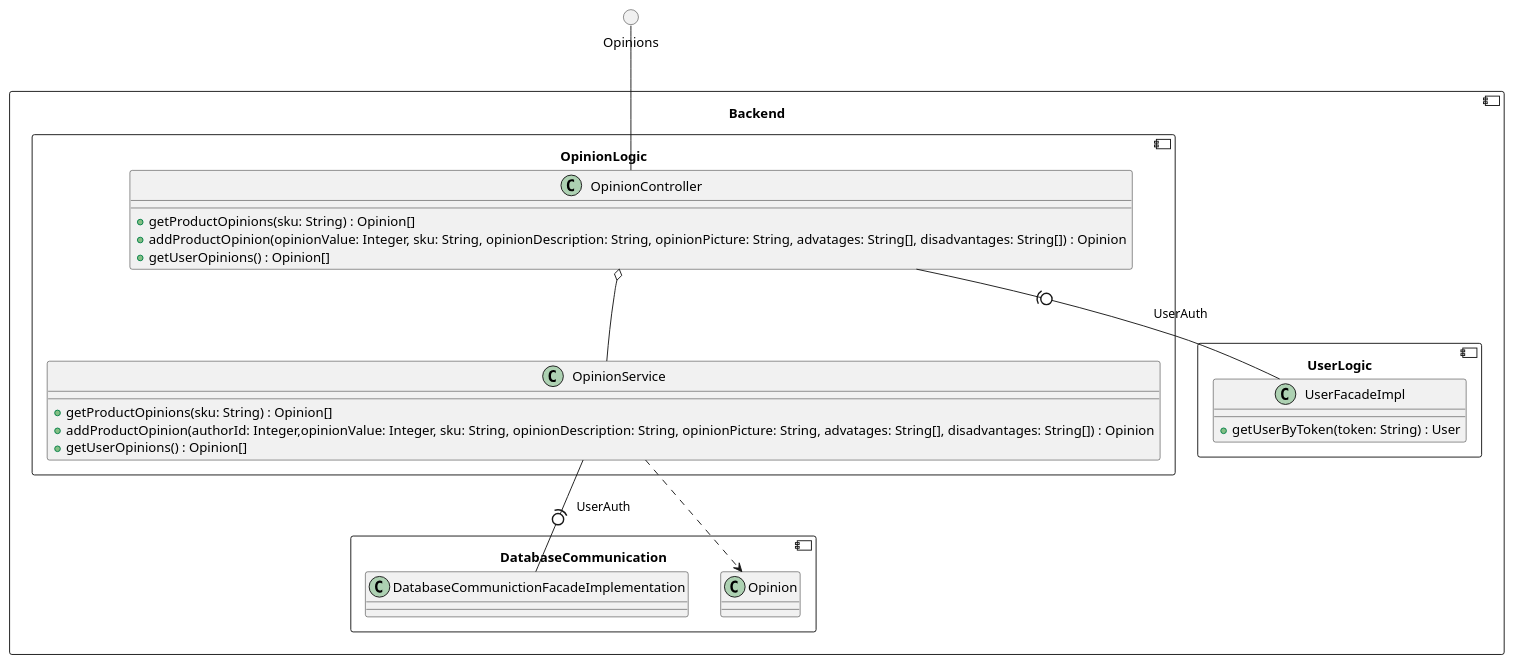
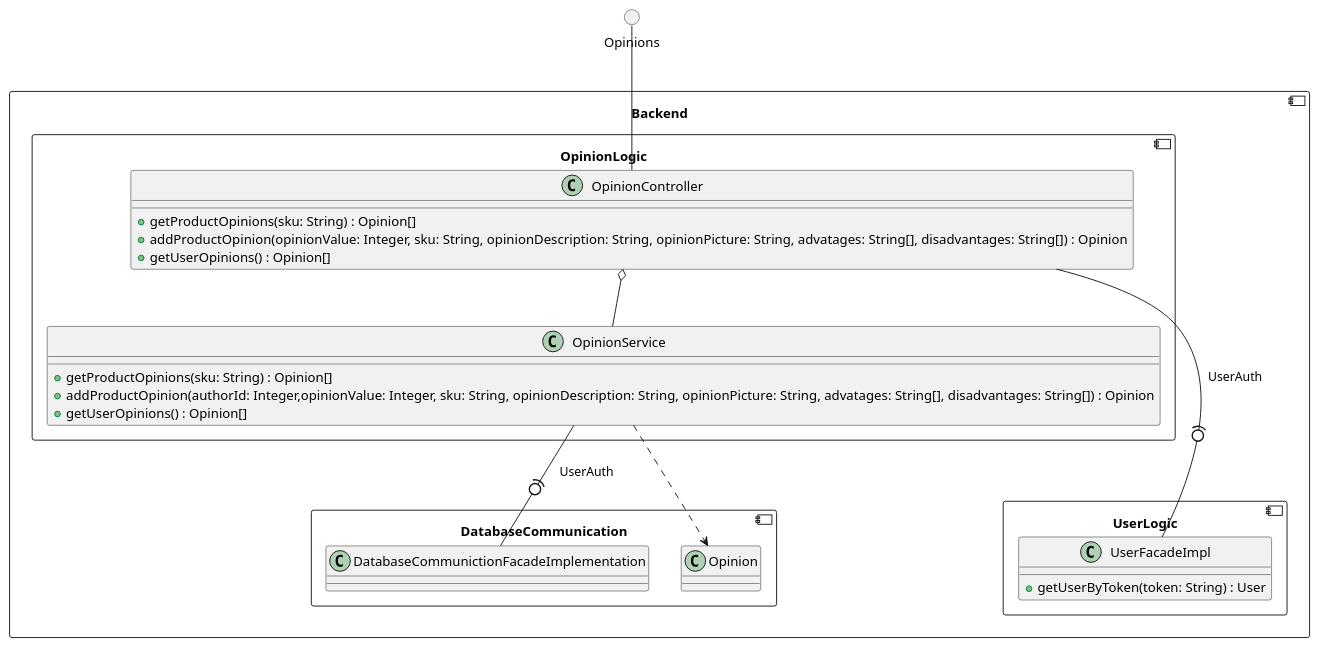
The sixth of 17 diagrams in FullClassDiagrams.md (RadekBucki/OpinionCollectorArchitecture), drawn with PlantUML before and after one commit. The commit also changed other lines of this file, not shown here.

````diff
--- a/FullClassDiagrams.md
+++ b/FullClassDiagrams.md
@@ -274,32 +276,32 @@
 ```plantuml
 circle Opinions
 component Backend {
     component OpinionLogic {
         class OpinionController {
             + getProductOpinions(sku: String) : Opinion[]
             + addProductOpinion(opinionValue: Integer, sku: String, opinionDescription: String, opinionPicture: String, advatages: String[], disadvantages: String[]) : Opinion
             + getUserOpinions() : Opinion[]
         }
         class OpinionService {
             + getProductOpinions(sku: String) : Opinion[]
             + addProductOpinion(authorId: Integer,opinionValue: Integer, sku: String, opinionDescription: String, opinionPicture: String, advatages: String[], disadvantages: String[]) : Opinion
             + getUserOpinions() : Opinion[]
         }
         OpinionController o-- OpinionService
         Opinions -- OpinionController
     }
     component DatabaseCommunication {
         class DatabaseCommunictionFacadeImplementation
         class Opinion
     }
     OpinionService -(0- DatabaseCommunictionFacadeImplementation : UserAuth
     
     component UserLogic {
         class UserFacadeImpl {
             + getUserByToken(token: String) : User
         }
     }
-    OpinionController -(0- UserFacadeImpl : UserAuth
+    OpinionController -(0-- UserFacadeImpl : UserAuth
     OpinionService    ..> Opinion
 }
 ```
````
